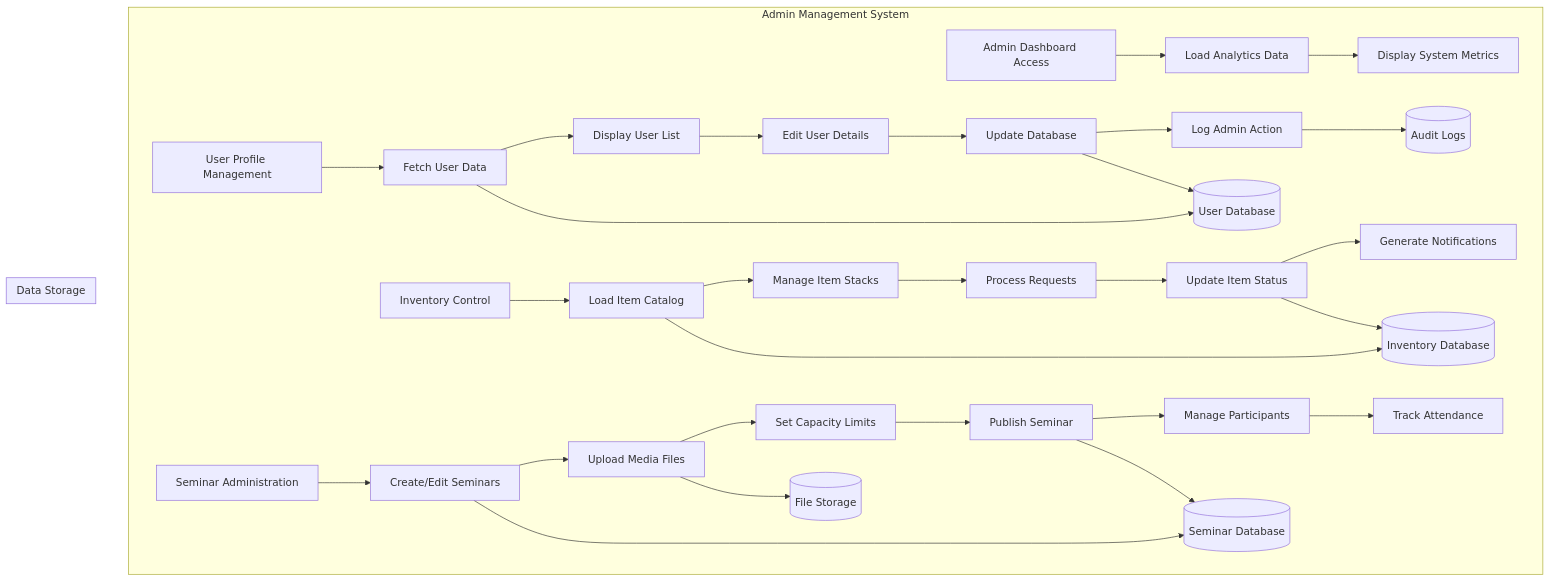
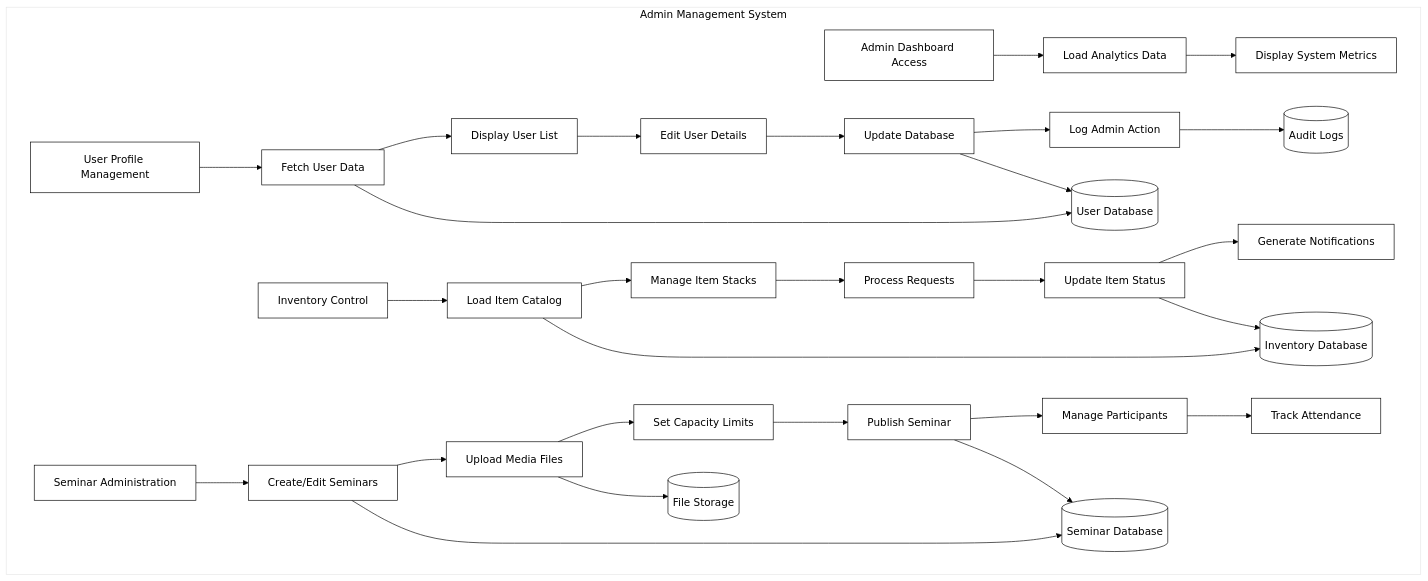
The diagram in Documentation/MERMAID/DFD/admin-system-dfd.mmd (Sean-Brix/Farmer-Connect), drawn with Mermaid before and after one commit. The commit also changed other lines of this file and 77 other files, not shown here.

```diff
--- a/Documentation/MERMAID/DFD/admin-system-dfd.mmd
+++ b/Documentation/MERMAID/DFD/admin-system-dfd.mmd
@@ -1,43 +1,54 @@
+%%{init: {
+  'theme': 'base',
+  'themeVariables': {
+    'primaryColor': '#ffffff',
+    'primaryTextColor': '#000000',
+    'primaryBorderColor': '#000000',
+    'lineColor': '#000000',
+    'secondaryColor': '#f8f8f8',
+    'tertiaryColor': '#ffffff',
+    'background': '#ffffff',
+    'mainBkg': '#ffffff',
+    'secondBkg': '#f8f8f8',
+    'tertiaryTextColor': '#000000'
+  }
+}}%%
 flowchart TB
     subgraph "Admin Management System"
         A[Admin Dashboard Access] --> B[Load Analytics Data]
         B --> C[Display System Metrics]
         
         D[User Profile Management] --> E[Fetch User Data]
         E --> F[Display User List]
         F --> G[Edit User Details]
         G --> H[Update Database]
         H --> I[Log Admin Action]
         
         J[Inventory Control] --> K[Load Item Catalog]
         K --> L[Manage Item Stacks]
         L --> M[Process Requests]
         M --> N[Update Item Status]
         N --> O[Generate Notifications]
         
         P[Seminar Administration] --> Q[Create/Edit Seminars]
         Q --> R[Upload Media Files]
         R --> S[Set Capacity Limits]
         S --> T[Publish Seminar]
         T --> U[Manage Participants]
         U --> V[Track Attendance]
 
         E --> W
         H --> W
         K --> X
         N --> X
         Q --> Y
         T --> Y
         I --> Z
         R --> AA
 
-        
-    end
-    
-    subgraph "Data Storage"
         W[(User Database)]
         X[(Inventory Database)]
         Y[(Seminar Database)]
         Z[(Audit Logs)]
         AA[(File Storage)]
     end
```
